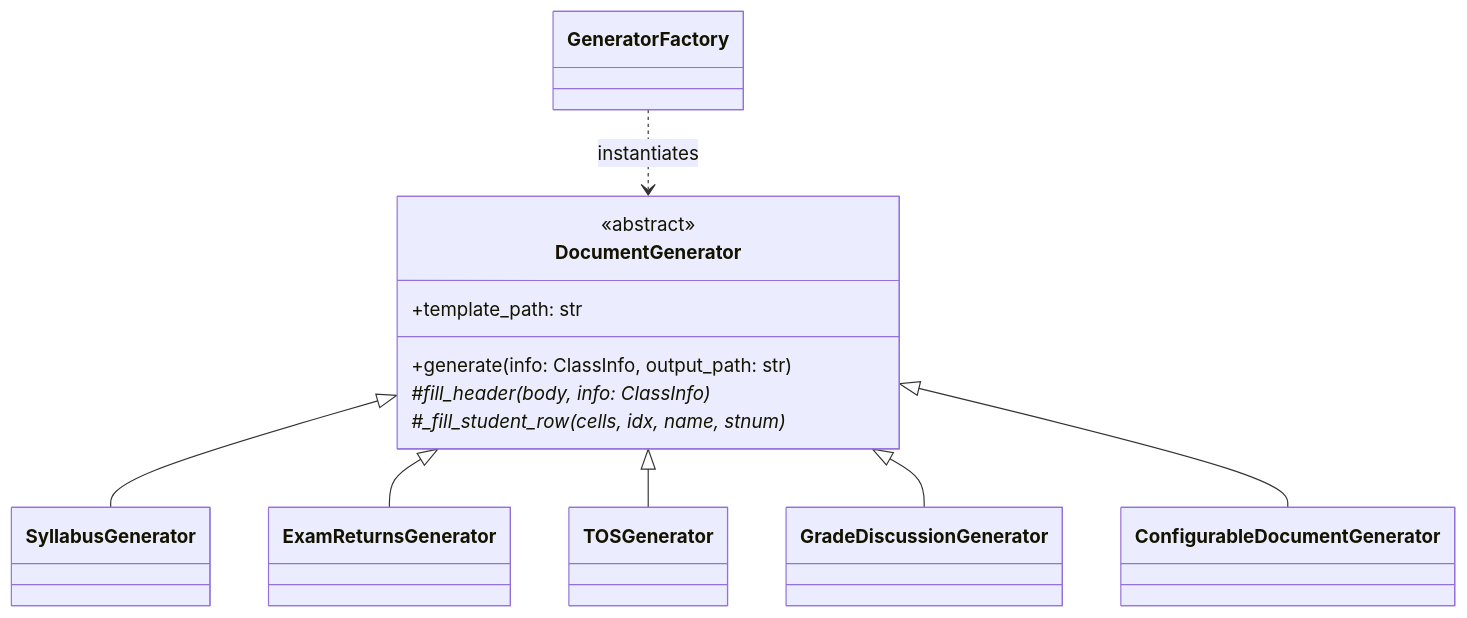
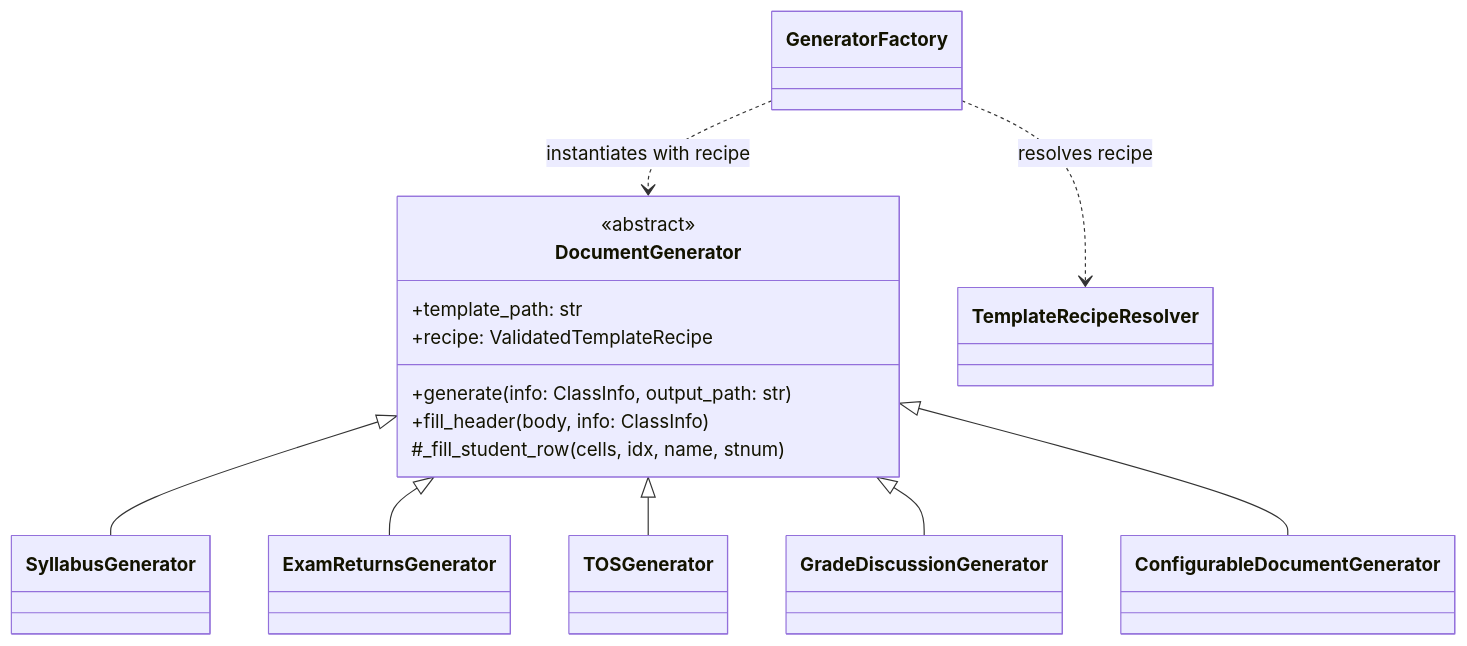
The diagram in 02 - Generators/CEIT Generator.md (DrinkBoooz/cvsu-generator_documentation), drawn with Mermaid before and after one commit. The commit also changed 4 other files, not shown here.

Commit message:
11: document authoritative dynamic template discovery pipeline and recipe architecture

````diff
--- a/02 - Generators/CEIT Generator.md
+++ b/02 - Generators/CEIT Generator.md
@@ -30,24 +30,26 @@
 ```mermaid
 classDiagram
     class DocumentGenerator {
         <<abstract>>
         +template_path: str
+        +recipe: ValidatedTemplateRecipe
         +generate(info: ClassInfo, output_path: str)
-        #fill_header(body, info: ClassInfo)*
-        #_fill_student_row(cells, idx, name, stnum)*
+        +fill_header(body, info: ClassInfo)
+        #_fill_student_row(cells, idx, name, stnum)
     }
 
     class SyllabusGenerator
     class ExamReturnsGenerator
     class TOSGenerator
     class GradeDiscussionGenerator
     class ConfigurableDocumentGenerator
     class GeneratorFactory
 
     DocumentGenerator <|-- SyllabusGenerator
     DocumentGenerator <|-- ExamReturnsGenerator
     DocumentGenerator <|-- TOSGenerator
     DocumentGenerator <|-- GradeDiscussionGenerator
     DocumentGenerator <|-- ConfigurableDocumentGenerator
-    GeneratorFactory ..> DocumentGenerator : instantiates
+    GeneratorFactory ..> TemplateRecipeResolver : resolves recipe
+    GeneratorFactory ..> DocumentGenerator : instantiates with recipe
 ```
````
